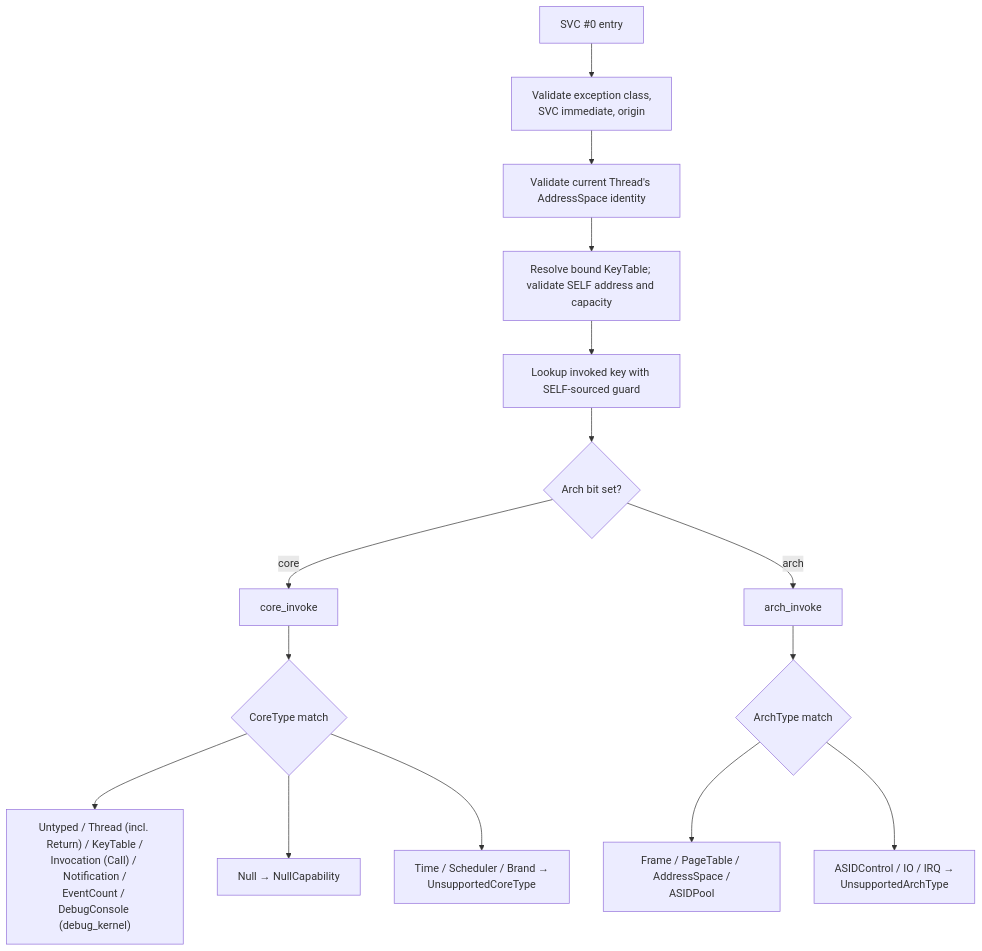
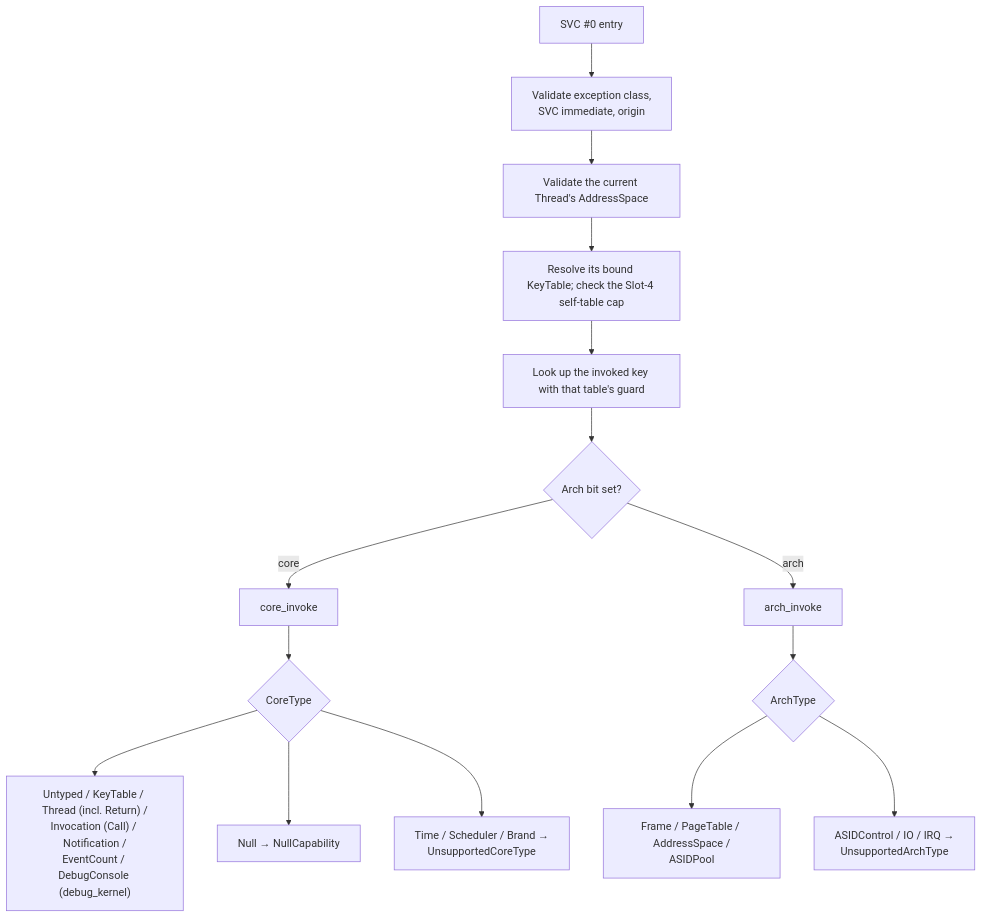
The diagram in doc/object_types/README.md (metta-systems/vesper), drawn with Mermaid before and after one commit. The commit also changed other lines of this file and 21 other files, not shown here.

````diff
--- a/doc/object_types/README.md
+++ b/doc/object_types/README.md
@@ -101,17 +80,17 @@
 ```mermaid
 flowchart TD
     A["SVC #0 entry"] --> B["Validate exception class,<br/>SVC immediate, origin"]
-    B --> AS["Validate current Thread's AddressSpace identity"]
-    AS --> KT["Resolve bound KeyTable; validate SELF address and capacity"]
-    KT --> C["Lookup invoked key with SELF-sourced guard"]
+    B --> AS["Validate the current Thread's AddressSpace"]
+    AS --> KT["Resolve its bound KeyTable; check the Slot-4 self-table cap"]
+    KT --> C["Look up the invoked key with that table's guard"]
     C --> D{"Arch bit set?"}
     D -- "core" --> E["core_invoke"]
     D -- "arch" --> F["arch_invoke"]
-    E --> G{"CoreType match"}
-    G --> H["Untyped / Thread (incl. Return) / KeyTable /<br/>Invocation (Call) / Notification /<br/>EventCount / DebugConsole (debug_kernel)"]
+    E --> G{"CoreType"}
+    G --> H["Untyped / KeyTable / Thread (incl. Return) /<br/>Invocation (Call) / Notification /<br/>EventCount / DebugConsole (debug_kernel)"]
     G --> I["Null → NullCapability"]
     G --> J["Time / Scheduler / Brand →<br/>UnsupportedCoreType"]
-    F --> K{"ArchType match"}
+    F --> K{"ArchType"}
     K --> L["Frame / PageTable / AddressSpace /<br/>ASIDPool"]
     K --> M["ASIDControl / IO / IRQ →<br/>UnsupportedArchType"]
 ```
````
